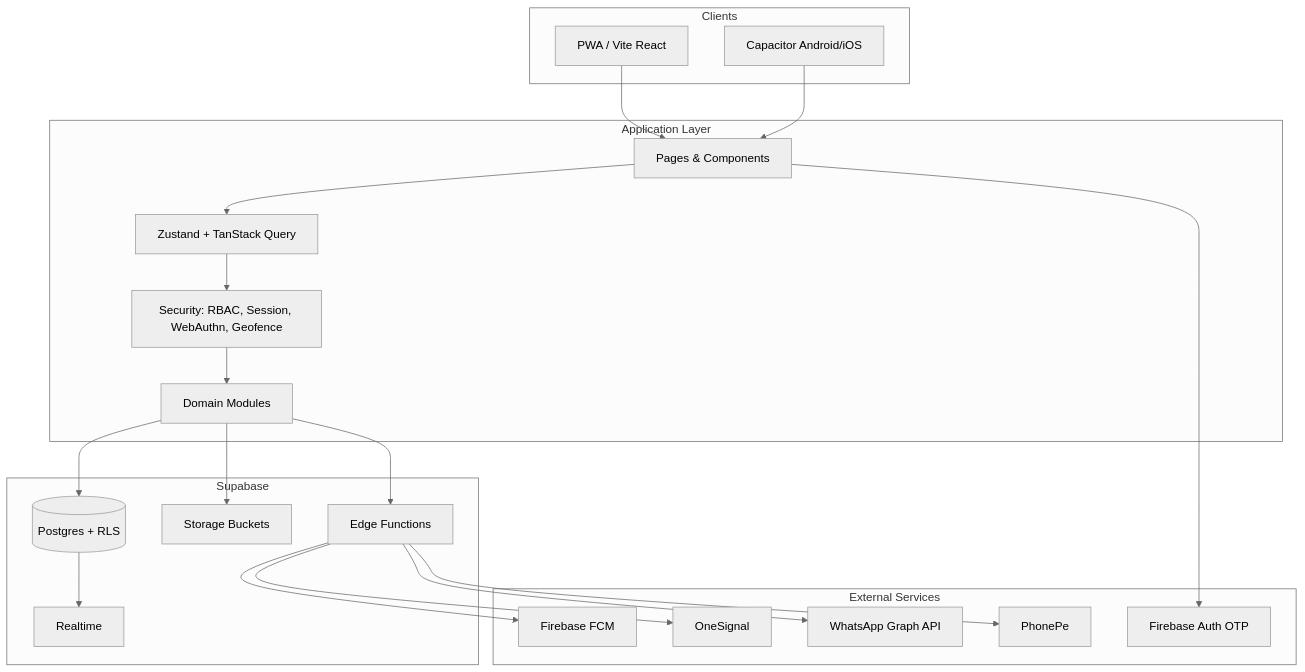
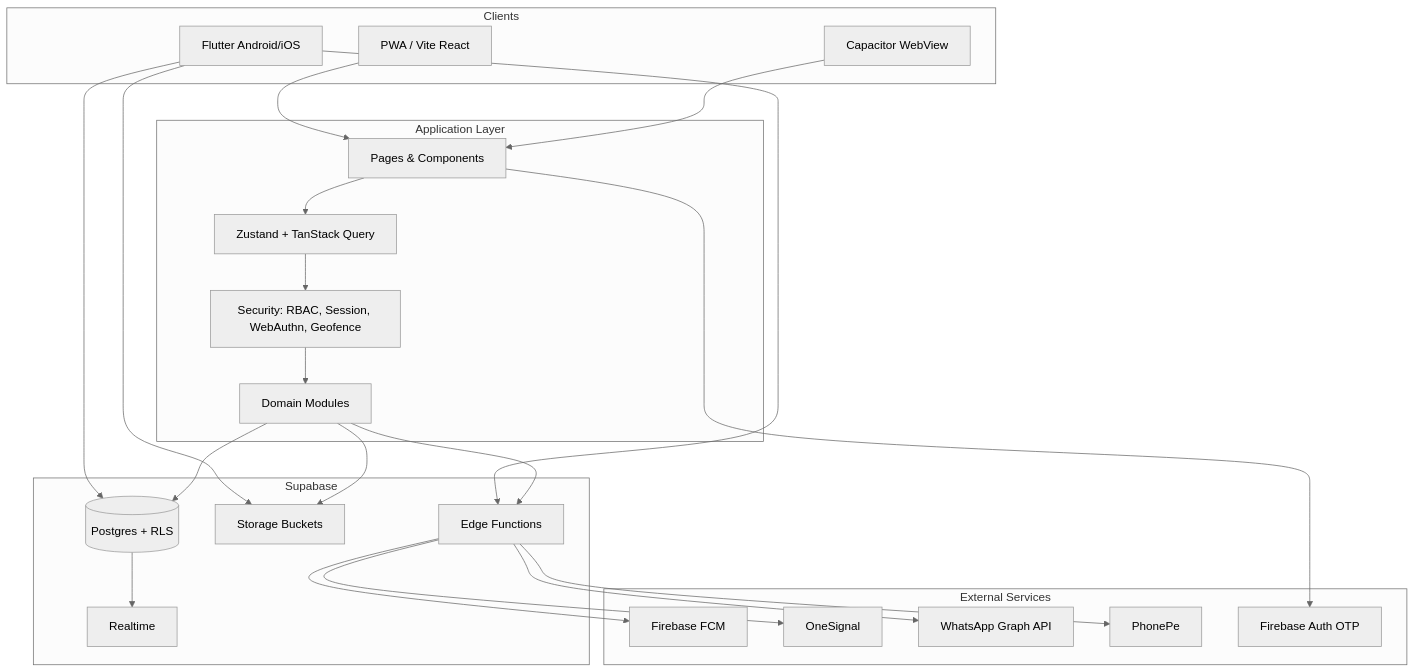
The first of 3 diagrams in docs/architecture/OVERVIEW.md (meitswami/society-guard-buddy), drawn with Mermaid (neutral theme) before and after one commit. The commit also changed other lines of this file and 18 other files, not shown here.

````diff
--- a/docs/architecture/OVERVIEW.md
+++ b/docs/architecture/OVERVIEW.md
@@ -9,42 +9,46 @@
 ```mermaid
 flowchart TB
   subgraph clients [Clients]
     Web[PWA / Vite React]
-    Native[Capacitor Android/iOS]
+    Flutter[Flutter Android/iOS]
+    Cap[Capacitor WebView]
   end
 
   subgraph app [Application Layer]
     UI[Pages & Components]
     Core[Zustand + TanStack Query]
     Sec[Security: RBAC, Session, WebAuthn, Geofence]
     Dom[Domain Modules]
   end
 
   subgraph supa [Supabase]
     PG[(Postgres + RLS)]
     ST[Storage Buckets]
     EF[Edge Functions]
     RT[Realtime]
   end
 
   subgraph ext [External Services]
     FCM[Firebase FCM]
     OS[OneSignal]
     WA[WhatsApp Graph API]
     PP[PhonePe]
     FB[Firebase Auth OTP]
   end
 
   Web --> UI
-  Native --> UI
+  Flutter --> PG
+  Flutter --> ST
+  Flutter --> EF
+  Cap --> UI
   UI --> Core --> Sec --> Dom
   Dom --> PG
   Dom --> ST
   Dom --> EF
   EF --> FCM
   EF --> OS
   EF --> WA
   EF --> PP
   UI --> FB
   PG --> RT
 ```
````
